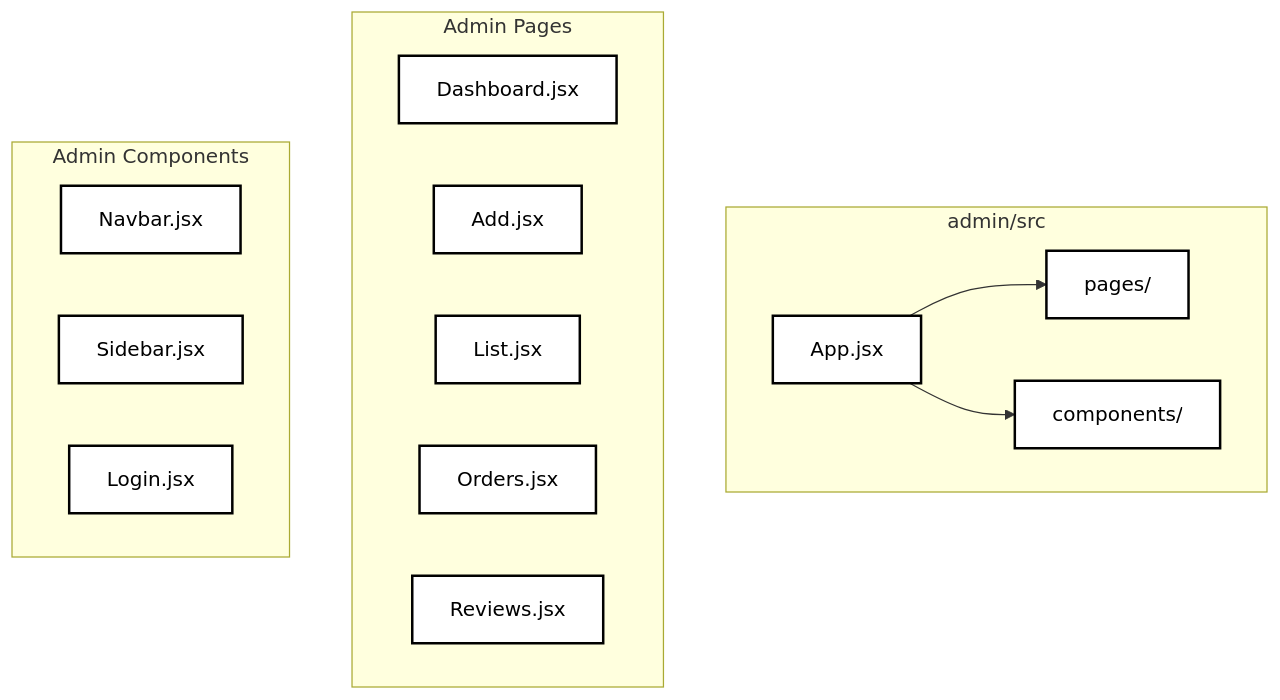
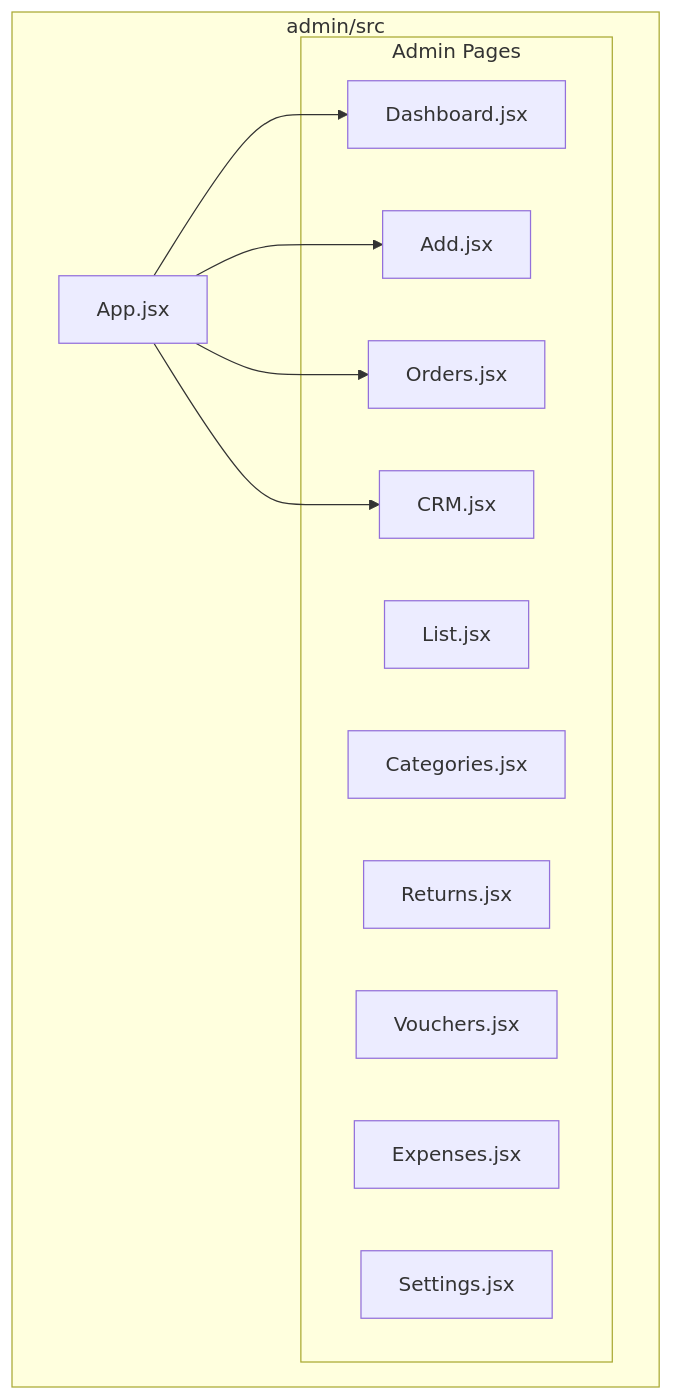
The eighth of 8 diagrams in flowchart.md (Grinti123/gerai-ayra-fullstack), drawn with Mermaid before and after one commit. The commit also changed other lines of this file and 229 other files, not shown here.

Commit message:
feat: Implement comprehensive admin panel features including finance, stock, returns, and user management, alongside new backend modules for analytics, expenses, categories, and wishlists.

````diff
--- a/flowchart.md
+++ b/flowchart.md
@@ -275,29 +270,24 @@
 ```mermaid
 graph TB
     subgraph "admin/src"
-        AdminMain[App.jsx]
-        AdminPages[pages/]
-        AdminComponents[components/]
+        AdminApp[App.jsx]
+        
+        subgraph "Admin Pages"
+            Dash[Dashboard.jsx]
+            Add[Add.jsx]
+            List[List.jsx]
+            Cats[Categories.jsx]
+            Ords[Orders.jsx]
+            Rets[Returns.jsx]
+            Vouchs[Vouchers.jsx]
+            CRM_P[CRM.jsx]
+            Exp[Expenses.jsx]
+            Set[Settings.jsx]
+        end
     end
 
-    AdminMain --> AdminPages
-    AdminMain --> AdminComponents
-
-    subgraph "Admin Pages"
-        DashboardP[Dashboard.jsx]
-        AddP[Add.jsx]
-        ListP[List.jsx]
-        OrdersP[Orders.jsx]
-        ReviewsP[Reviews.jsx]
-    end
-
-    subgraph "Admin Components"
-        NavbarC[Navbar.jsx]
-        SidebarC[Sidebar.jsx]
-        LoginC[Login.jsx]
-    end
-
-    classDef default fill:#ffffff,stroke:#000000,stroke-width:2px,color:#000000
-
-    class AdminMain,DashboardP,AddP,ListP,OrdersP,ReviewsP,NavbarC,SidebarC,LoginC default
+    AdminApp --> Dash
+    AdminApp --> Add
+    AdminApp --> Ords
+    AdminApp --> CRM_P
 ```
````
